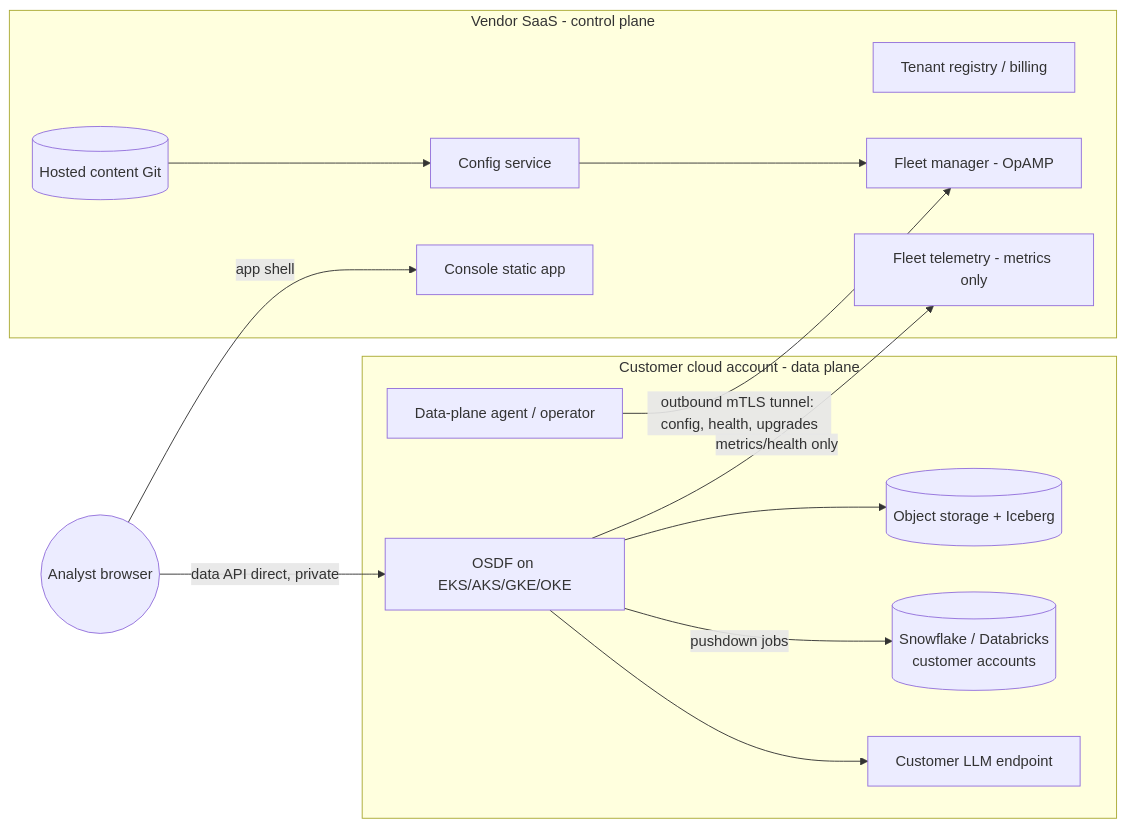
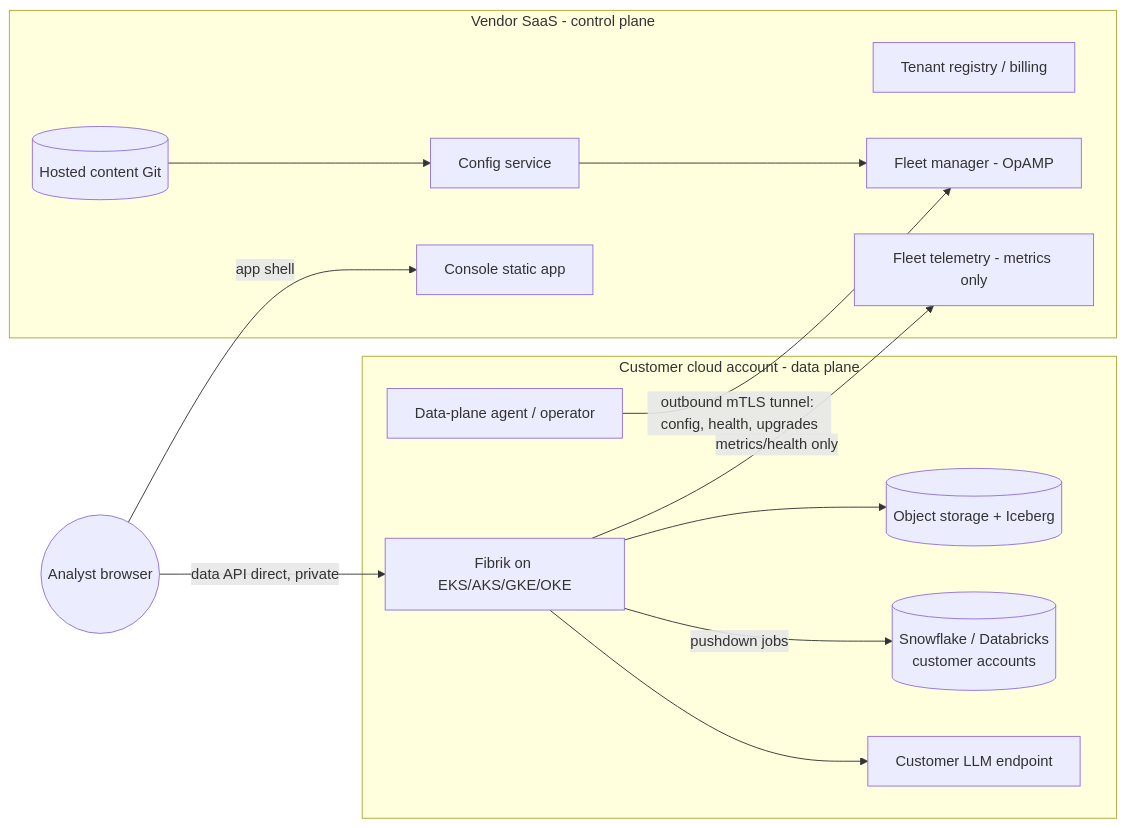
The first of 2 diagrams in saas-byoc-and-compute-offload.md (SClinton/fibrik), drawn with Mermaid before and after one commit. The commit also changed other lines of this file and 9 other files, not shown here.

First line of the commit message:
Rename project from OSDF to Fibrik

````diff
--- a/saas-byoc-and-compute-offload.md
+++ b/saas-byoc-and-compute-offload.md
@@ -81,28 +81,28 @@
 ```mermaid
 flowchart LR
   subgraph Vendor[Vendor SaaS - control plane]
     UI[Console static app]
     TR[Tenant registry / billing]
     FM[Fleet manager - OpAMP]
     CS[Config service]
     GIT[(Hosted content Git)]
     OBS[Fleet telemetry - metrics only]
   end
   subgraph Cust[Customer cloud account - data plane]
     AG[Data-plane agent / operator]
-    K8S[OSDF on EKS/AKS/GKE/OKE]
+    K8S[Fibrik on EKS/AKS/GKE/OKE]
     LAKE[(Object storage + Iceberg)]
     WH[(Snowflake / Databricks<br/>customer accounts)]
     LLM[Customer LLM endpoint]
   end
   Browser((Analyst browser))
   AG -- outbound mTLS tunnel: config, health, upgrades --> FM
   CS --> FM
   GIT --> CS
   K8S -- metrics/health only --> OBS
   Browser -- app shell --> UI
   Browser -- data API direct, private --> K8S
   K8S --> LAKE
   K8S -- pushdown jobs --> WH
   K8S --> LLM
 ```
````
